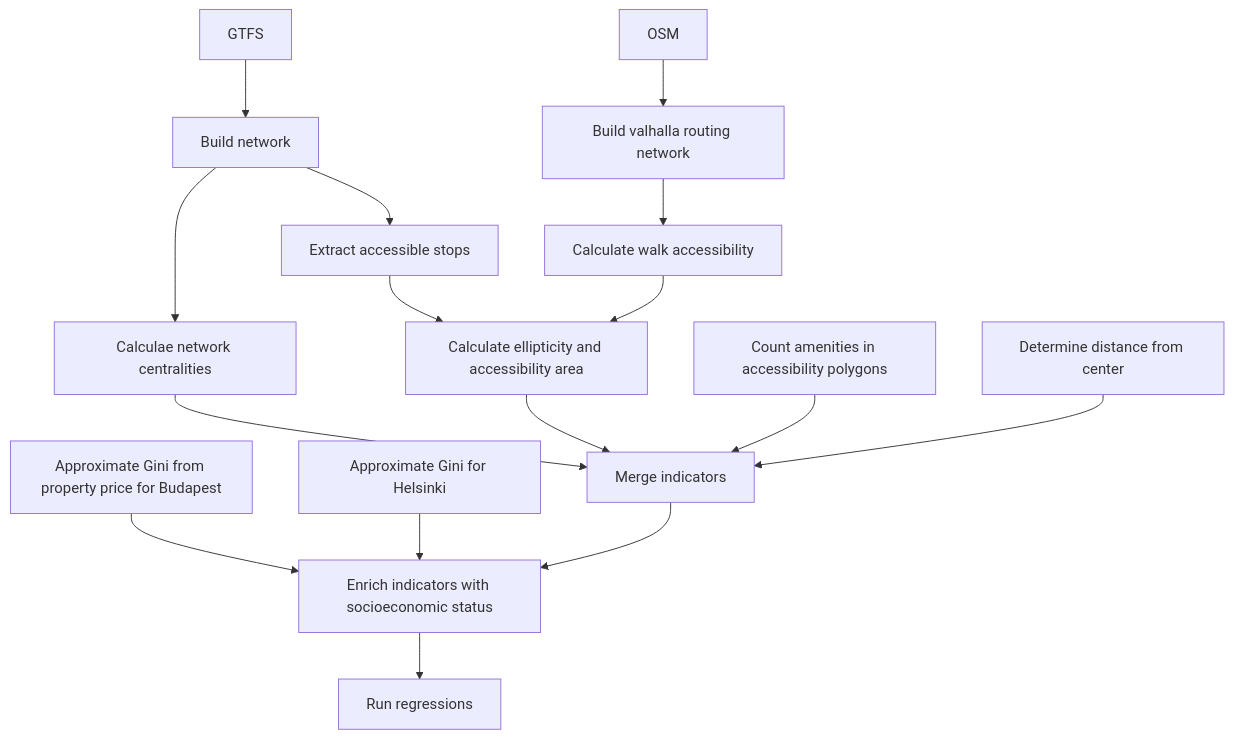
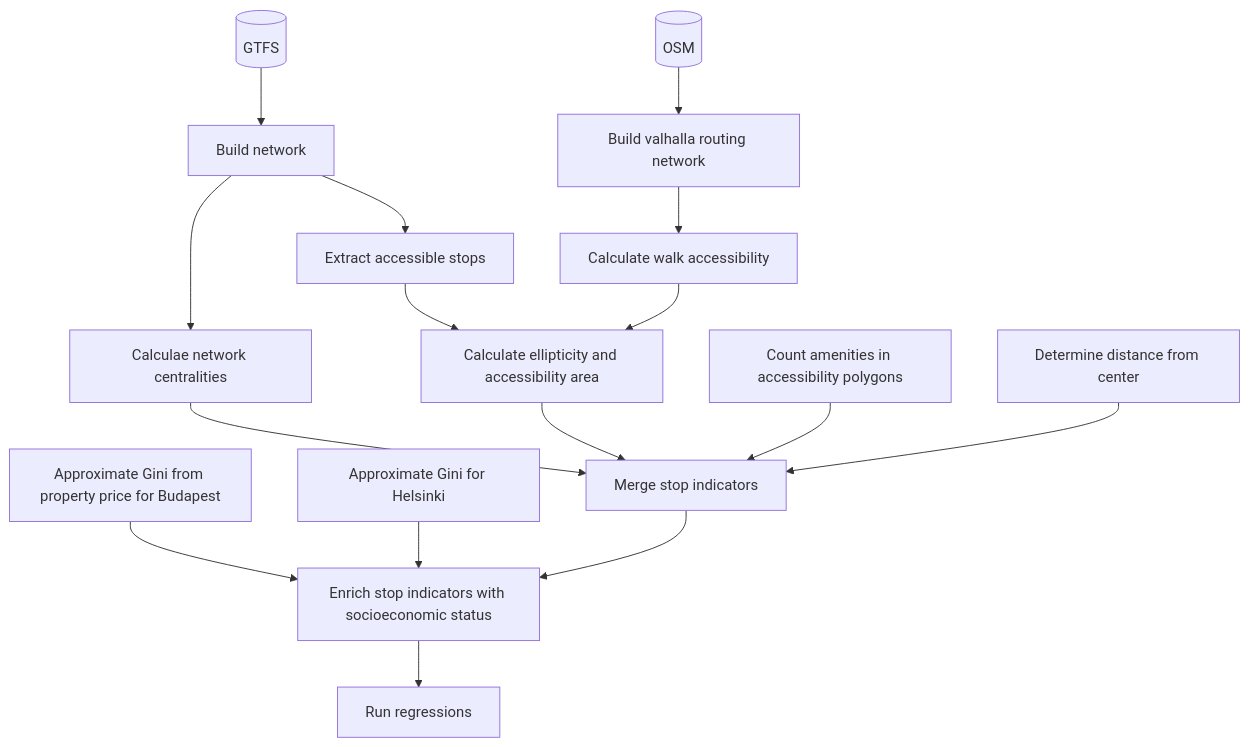
The diagram in README.md (ANETILab/stop_accessibility), drawn with Mermaid before and after one commit.

Commit message:
Adjust text and shapes in the workflow GH-13

````diff
--- a/README.md
+++ b/README.md
@@ -170,40 +170,39 @@
 ```mermaid
 flowchart TD
     gini_bud[Approximate Gini from property price for Budapest]
     gini_hel[Approximate Gini for Helsinki]
-    socioecon[Enrich indicators with socioeconomic status]
+    socioecon[Enrich stop indicators with socioeconomic status]
     regressions[Run regressions]
 
-    gtfs[GTFS]
+    gtfs[(GTFS)]
     network[Build network]
     centrality[Calculae network centralities]
-    osm[OSM]
+    osm[(OSM)]
     valhalla[Build valhalla routing network]
 
     osm --> valhalla
     valhalla --> stage1
     gtfs --> network
     network --> centrality
     network --> stage0
-
 
     gini_bud --> socioecon
     gini_hel --> socioecon
 
     stage0[Extract accessible stops]
     stage1[Calculate walk accessibility]
     stage2[Calculate ellipticity and accessibility area]
     stage3[Count amenities in accessibility polygons]
     stage4[Determine distance from center]
-    stage5[Merge indicators]
+    stage5[Merge stop indicators]
 
     stage0 --> stage2
     stage1 --> stage2
     stage2 --> stage5
     stage3 --> stage5
     stage4 --> stage5
 
     centrality --> stage5
     stage5 --> socioecon
     socioecon --> regressions
 ```
````
